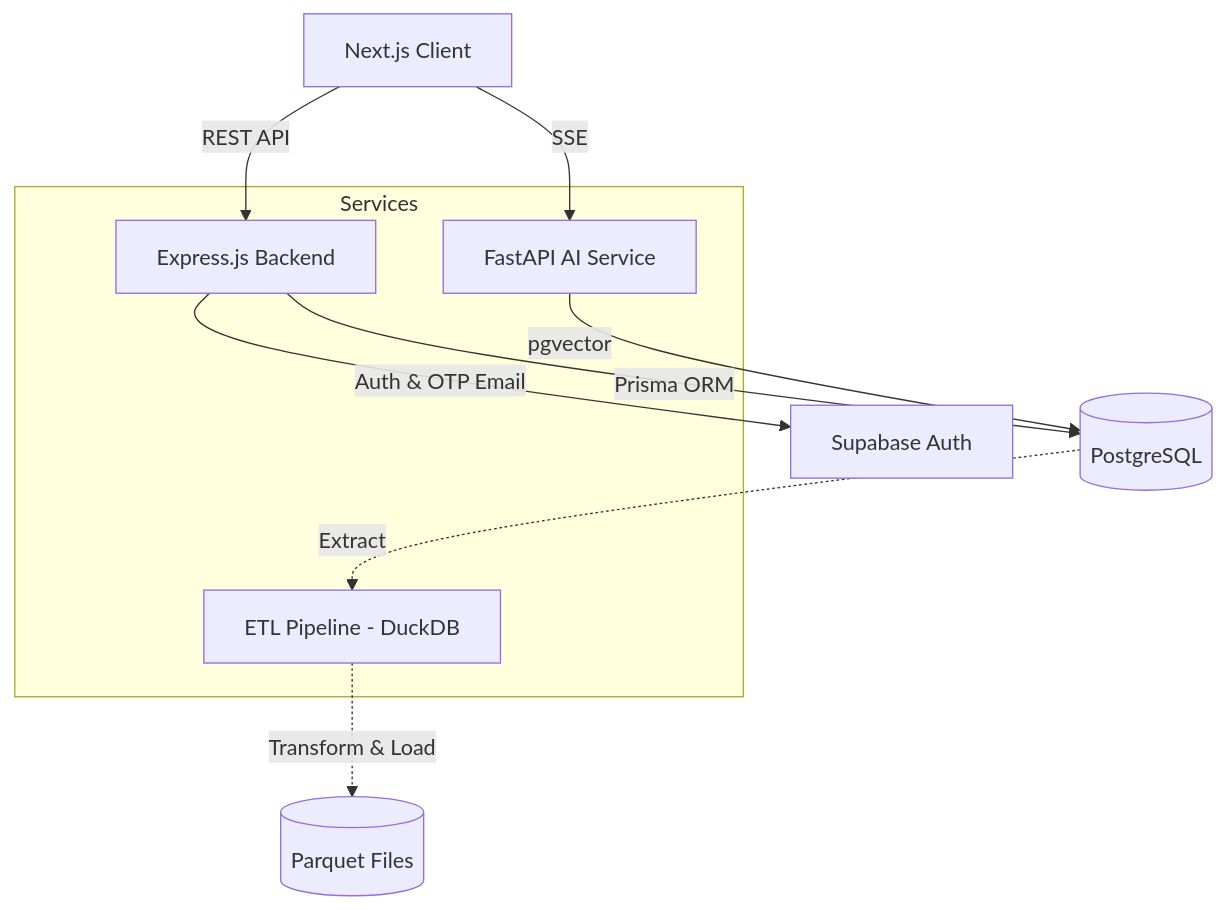
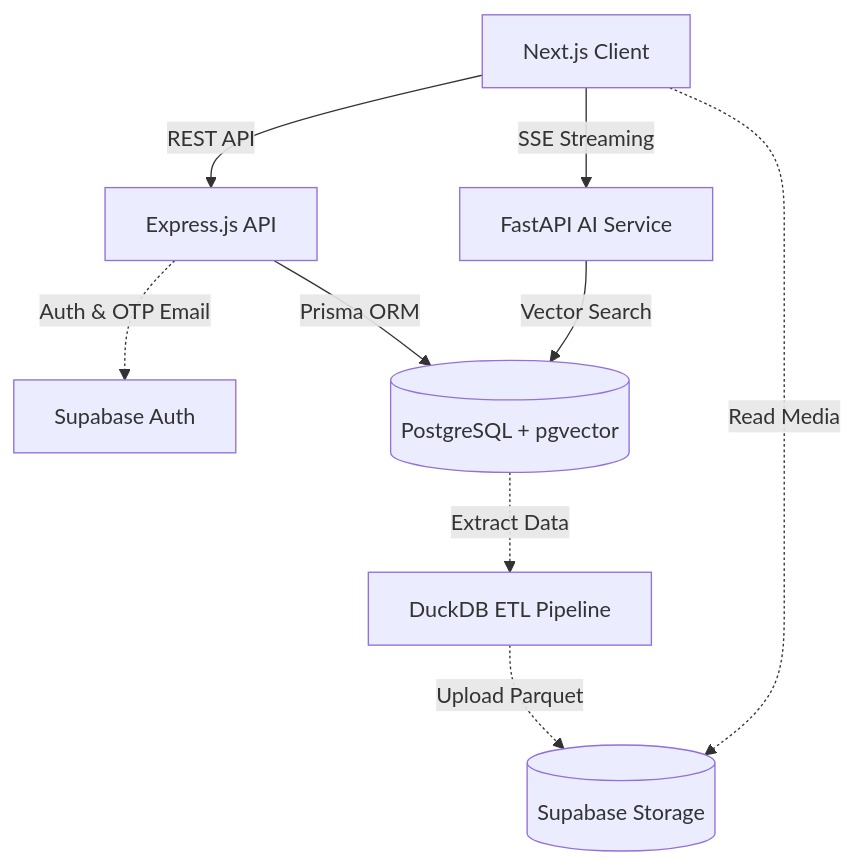
One commit to trieu123x/k-hospital changed the diagram in README.md. Above: the diagram before and after it, drawn with Mermaid. The commit also changed other lines of this file, not shown here.

````diff
--- a/README.md
+++ b/README.md
@@ -77,19 +75,31 @@
 ```mermaid
 graph TD
-    Client[Next.js Client] -->|REST API| Backend[Express.js Backend]
-    Client -->|SSE| AI[FastAPI AI Service]
+    %% Tầng Frontend
+    Client[Next.js Client]
+
+    %% Tầng Core Services
+    Backend[Express.js API]
+    AI[FastAPI AI Service]
+
+    %% Tầng Database & Auth
+    Auth[Supabase Auth]
+    DB[(PostgreSQL + pgvector)]
+
+    %% Tầng Analytics & Storage
+    ETL[DuckDB ETL Pipeline]
+    Storage[(Supabase Storage)]
+
+    %% Các luồng giao tiếp (Sắp xếp theo thứ tự ưu tiên layout)
+    Client -->|REST API| Backend
+    Client -->|SSE Streaming| AI
     
-    Backend -->|Prisma ORM| DB[(PostgreSQL)]
-    AI -->|pgvector| DB
+    Backend -.->|Auth & OTP Email| Auth
+    Backend -->|Prisma ORM| DB
     
-    Backend -->|Auth & OTP Email| Supabase[Supabase Auth]
+    AI -->|Vector Search| DB
     
-    DB -.->|Extract| ETL[ETL Pipeline - DuckDB]
-    ETL -.->|Transform & Load| DataLake[(Parquet Files)]
+    DB -.->|Extract Data| ETL
+    ETL -.->|Upload Parquet| Storage
     
-    subgraph Services
-        Backend
-        AI
-        ETL
-    end
+    Client -.->|Read Media| Storage
 ```
````
